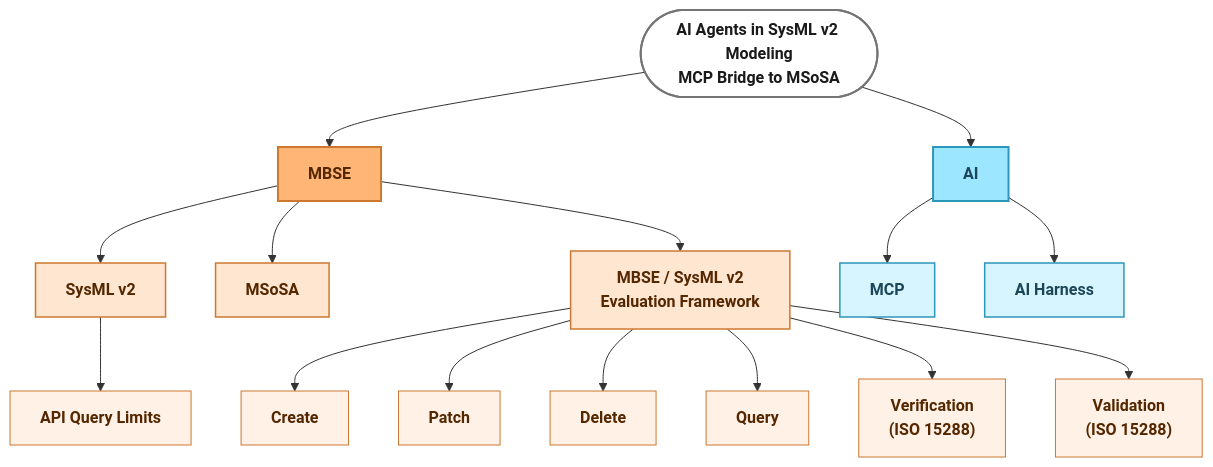
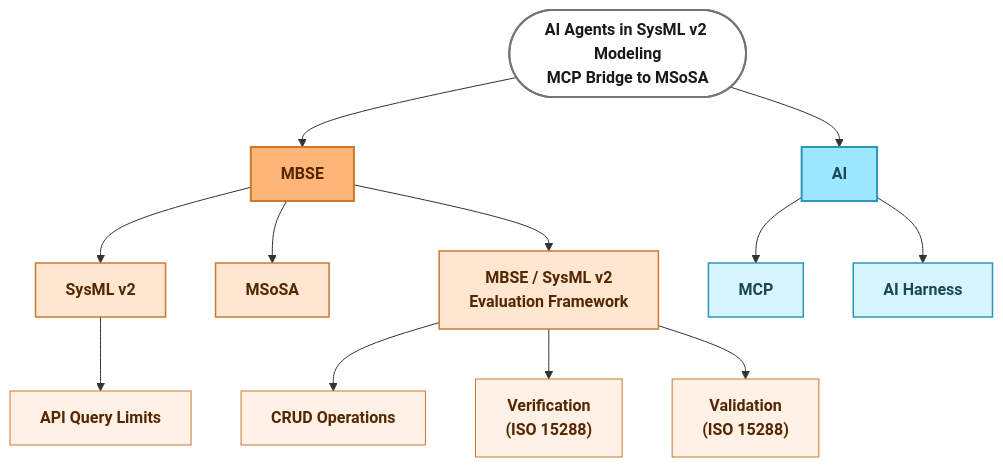
The diagram in master/bib/mindmap.md (Daaam4/base-latex), drawn with Mermaid before and after one commit. The commit also changed other lines of this file and 43 other files, not shown here.

````diff
--- a/master/bib/mindmap.md
+++ b/master/bib/mindmap.md
@@ -11,37 +11,34 @@
 ```mermaid
 flowchart TD
     Root(["AI Agents in SysML v2 Modeling<br/>MCP Bridge to MSoSA"])
 
     Root --> MBSE["MBSE"]
     Root --> AI["AI"]
 
     MBSE --> SysMLv2["SysML v2"]
     MBSE --> MSoSA["MSoSA"]
     MBSE --> EvalFW["MBSE / SysML v2<br/>Evaluation Framework"]
 
     SysMLv2 --> APIQuery["API Query Limits"]
 
-    EvalFW --> Create["Create"]
-    EvalFW --> Patch["Patch"]
-    EvalFW --> Delete["Delete"]
-    EvalFW --> Query["Query"]
+    EvalFW --> CRUDOps["CRUD Operations"]
     EvalFW --> Verification["Verification<br/>(ISO 15288)"]
     EvalFW --> Validation["Validation<br/>(ISO 15288)"]
 
     AI --> MCP["MCP"]
     AI --> Harness["AI Harness"]
 
     classDef root fill:#ffffff,stroke:#757575,stroke-width:2px,color:#1a1a1a,font-weight:bold;
     classDef mbse fill:#FFB575,stroke:#CC7830,stroke-width:2px,color:#542700,font-weight:bold;
     classDef mbseChild fill:#FFE6D1,stroke:#CC7830,stroke-width:1.5px,color:#542700;
     classDef mbseLeaf fill:#FFF1E5,stroke:#CC7830,stroke-width:1px,color:#542700;
     classDef ai fill:#9CE6FF,stroke:#2C97BB,stroke-width:2px,color:#1C4657,font-weight:bold;
     classDef aiChild fill:#D6F5FF,stroke:#2C97BB,stroke-width:1.5px,color:#1C4657;
 
     class Root root;
     class MBSE mbse;
     class AI ai;
     class SysMLv2,MSoSA,EvalFW mbseChild;
-    class Create,Patch,Delete,Query,Verification,Validation,APIQuery mbseLeaf;
+    class CRUDOps,Verification,Validation,APIQuery mbseLeaf;
     class MCP,Harness aiChild;
 ```
````
